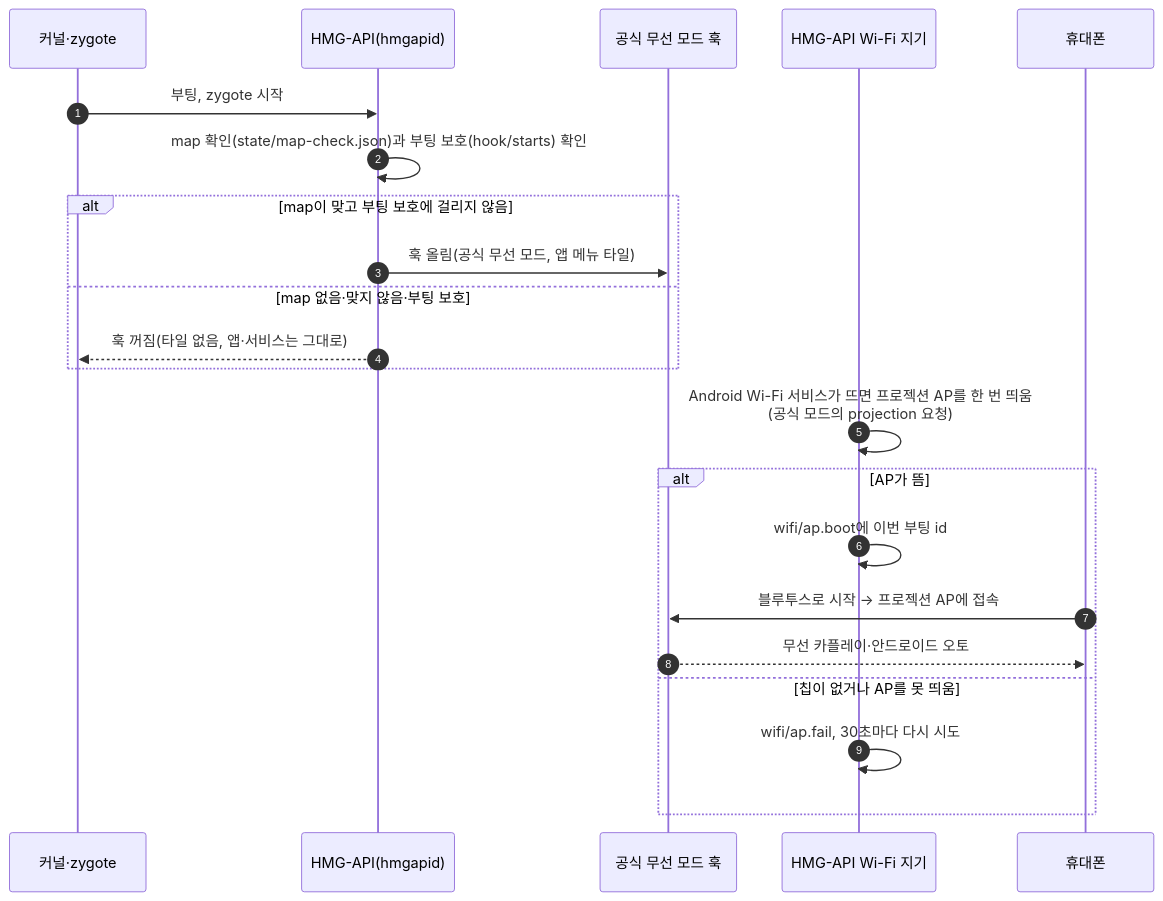
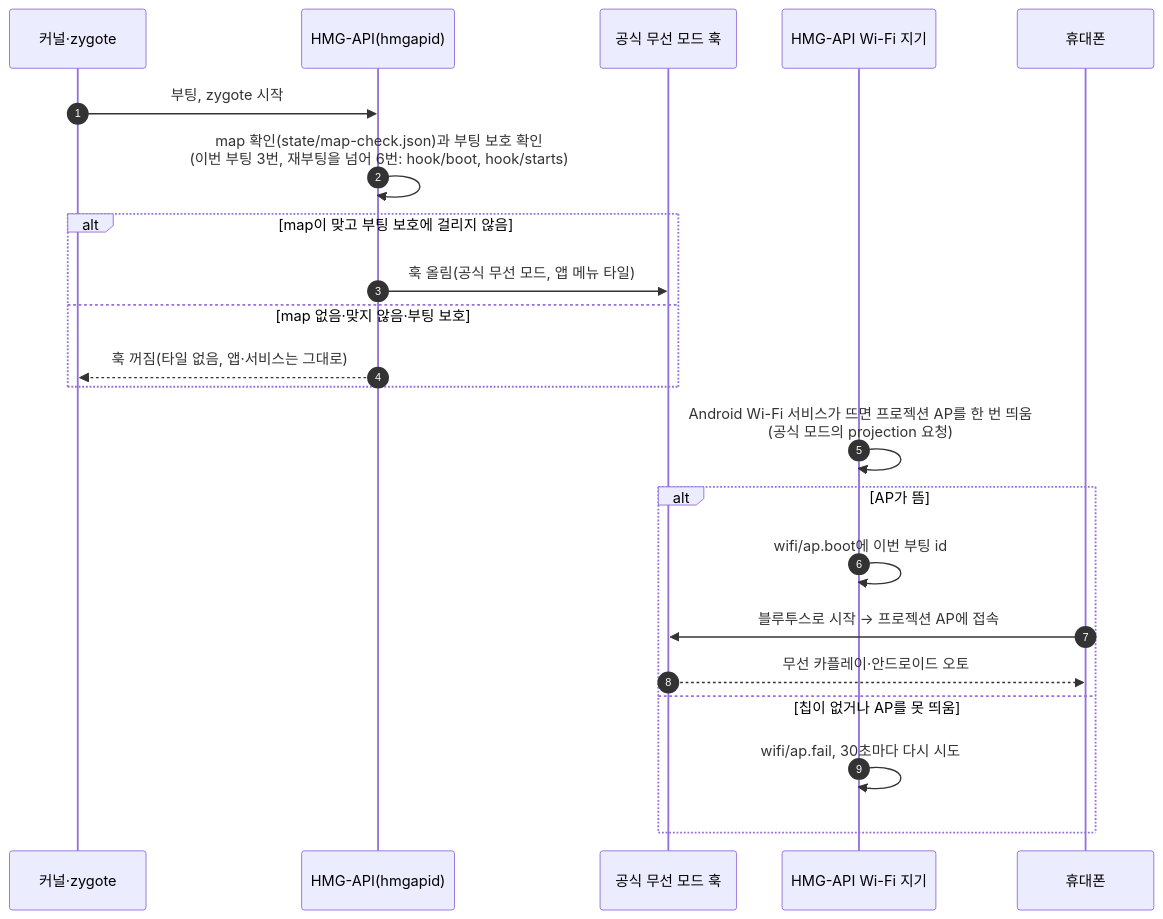
One commit to jay-park-lab/hmgapi-nx4-kor changed the fourth of 7 diagrams in docs/flow.md. Above: the diagram before and after it, drawn with Mermaid.

Commit message:
flow.md: name both boot guard counts in the after-reboot diagram
design.md asks to update flow.md when the flow changes. The diagram
said the boot guard checks hook/starts; rc.6+ also counts starts within
this kernel boot (hook/boot): 3 there, or 6 in a row across reboots.

````diff
--- a/docs/flow.md
+++ b/docs/flow.md
@@ -117,25 +117,25 @@
 ```mermaid
 sequenceDiagram
   autonumber
   participant K as 커널·zygote
   participant H as HMG-API(hmgapid)
   participant W as 공식 무선 모드 훅
   participant A as HMG-API Wi-Fi 지기
   participant P as 휴대폰
 
   K->>H: 부팅, zygote 시작
-  H->>H: map 확인(state/map-check.json)과 부팅 보호(hook/starts) 확인
+  H->>H: map 확인(state/map-check.json)과 부팅 보호 확인<br/>(이번 부팅 3번, 재부팅을 넘어 6번: hook/boot, hook/starts)
   alt map이 맞고 부팅 보호에 걸리지 않음
     H->>W: 훅 올림(공식 무선 모드, 앱 메뉴 타일)
   else map 없음·맞지 않음·부팅 보호
     H-->>K: 훅 꺼짐(타일 없음, 앱·서비스는 그대로)
   end
   A->>A: Android Wi-Fi 서비스가 뜨면 프로젝션 AP를 한 번 띄움<br/>(공식 모드의 projection 요청)
   alt AP가 뜸
     A->>A: wifi/ap.boot에 이번 부팅 id
     P->>W: 블루투스로 시작 → 프로젝션 AP에 접속
     W-->>P: 무선 카플레이·안드로이드 오토
   else 칩이 없거나 AP를 못 띄움
     A->>A: wifi/ap.fail, 30초마다 다시 시도
   end
 ```
````
